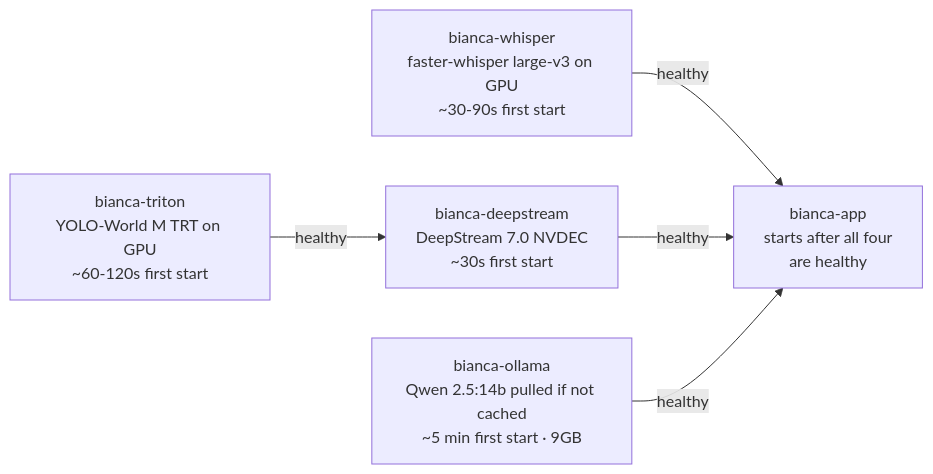
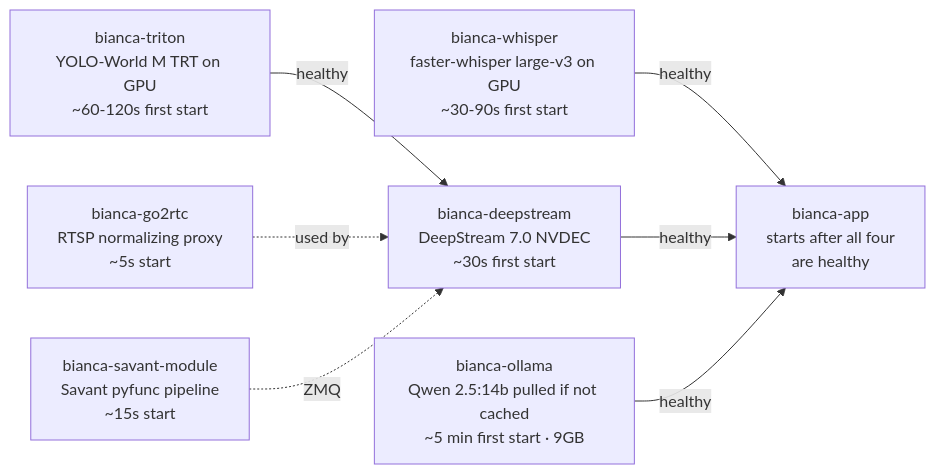
The second of 2 diagrams in README.md (jasvinder-builder/family-assistant), drawn with Mermaid before and after one commit. The commit also changed other lines of this file and 14 other files, not shown here.

First line of the commit message:
feat: Savant migration + go2rtc RTSP proxy + LL-HLS plumbing

````diff
--- a/README.md
+++ b/README.md
@@ -134,13 +134,17 @@
 ```mermaid
 flowchart LR
+    G["bianca-go2rtc\nRTSP normalizing proxy\n~5s start"]
     W["bianca-whisper\nfaster-whisper large-v3 on GPU\n~30-90s first start"]
     T["bianca-triton\nYOLO-World M TRT on GPU\n~60-120s first start"]
     DS["bianca-deepstream\nDeepStream 7.0 NVDEC\n~30s first start"]
+    SM["bianca-savant-module\nSavant pyfunc pipeline\n~15s start"]
     O["bianca-ollama\nQwen 2.5:14b pulled if not cached\n~5 min first start · 9GB"]
     A["bianca-app\nstarts after all four\nare healthy"]
 
     W -->|healthy| A
     T -->|healthy| DS
     DS -->|healthy| A
     O -->|healthy| A
+    G -.->|used by| DS
+    SM -.->|ZMQ| DS
 ```
````
